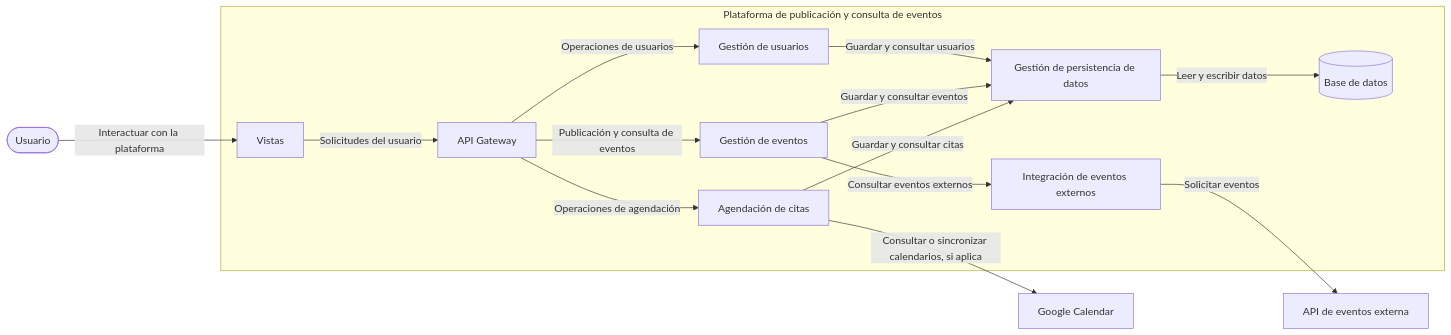
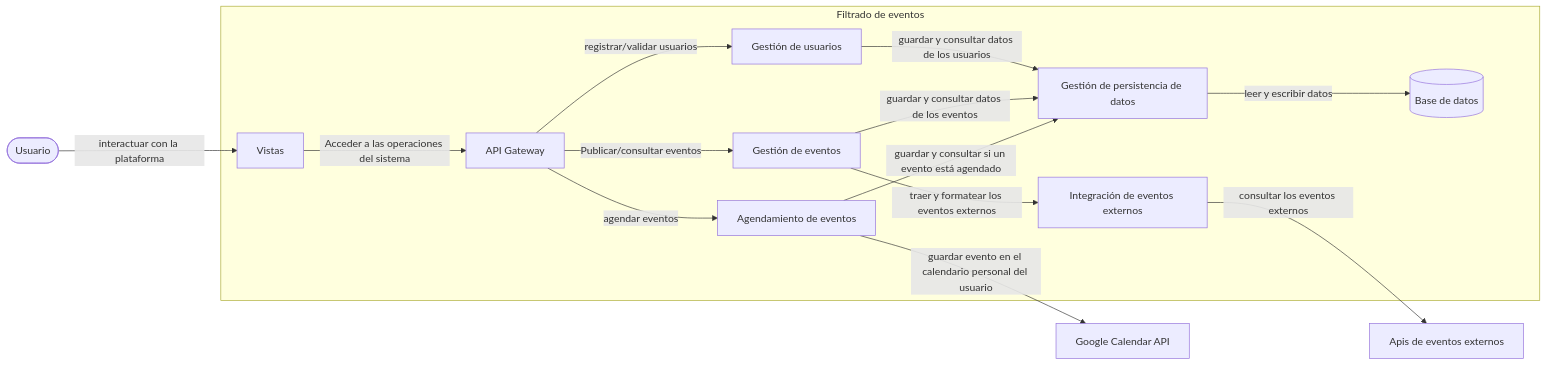
Before and after one commit to ProyectPlanning/Sistema_de_eventos: the first of 2 diagrams in Docs/Diseño/Diseño Arquitectónico detallado 01.md, drawn with Mermaid. The commit also changed other lines of this file, not shown here.

Commit message:
Primer avance del diseño arquitectonico

````diff
--- a/Docs/Diseño/Diseño Arquitectónico detallado 01.md
+++ b/Docs/Diseño/Diseño Arquitectónico detallado 01.md
@@ -440,36 +44,36 @@
 ```mermaid
 flowchart LR
     U([Usuario])
-    EXT["API de eventos externa"]
-    CAL["Google Calendar"]
+    EXT["Apis de eventos externos"]
+    CAL["Google Calendar API"]
 
-    subgraph SYS["Plataforma de publicación y consulta de eventos"]
+    subgraph SYS["Filtrado de eventos"]
         V["Vistas"]
         API["API Gateway"]
         GU["Gestión de usuarios"]
         GE["Gestión de eventos"]
         IE["Integración de eventos externos"]
-        AC["Agendación de citas"]
+        AC["Agendamiento de eventos"]
         PD["Gestión de persistencia de datos"]
         DB[("Base de datos")]
 
-        V -->|"Solicitudes del usuario"| API
-        API -->|"Operaciones de usuarios"| GU
-        API -->|"Publicación y consulta de eventos"| GE
-        API -->|"Operaciones de agendación"| AC
+        V -->|"Acceder a las operaciones del sistema"| API
+        API -->|"registrar/validar usuarios"| GU
+        API -->|"Publicar/consultar eventos"| GE
+        API -->|"agendar eventos"| AC
 
-        GE -->|"Consultar eventos externos"| IE
+        GE -->|"traer y formatear los eventos externos"| IE
         
 
-        GU -->|"Guardar y consultar usuarios"| PD
-        GE -->|"Guardar y consultar eventos"| PD
-        AC -->|"Guardar y consultar citas"| PD
+        GU -->|"guardar y consultar datos de los usuarios"| PD
+        GE -->|"guardar y consultar datos de los eventos"| PD
+        AC -->|"guardar y consultar si un evento está agendado"| PD
 
-        PD -->|"Leer y escribir datos"| DB
+        PD -->|"leer y escribir datos"| DB
     end
 
-    U -->|"Interactuar con la plataforma"| V
-    AC -->|"Consultar o sincronizar calendarios, si aplica"| CAL
-    IE -->|"Solicitar eventos"| EXT
+    U -->|"interactuar con la plataforma"| V
+    AC -->|"guardar evento en el calendario personal del usuario"| CAL
+    IE -->|"consultar los eventos externos"| EXT
 
 ```
````
